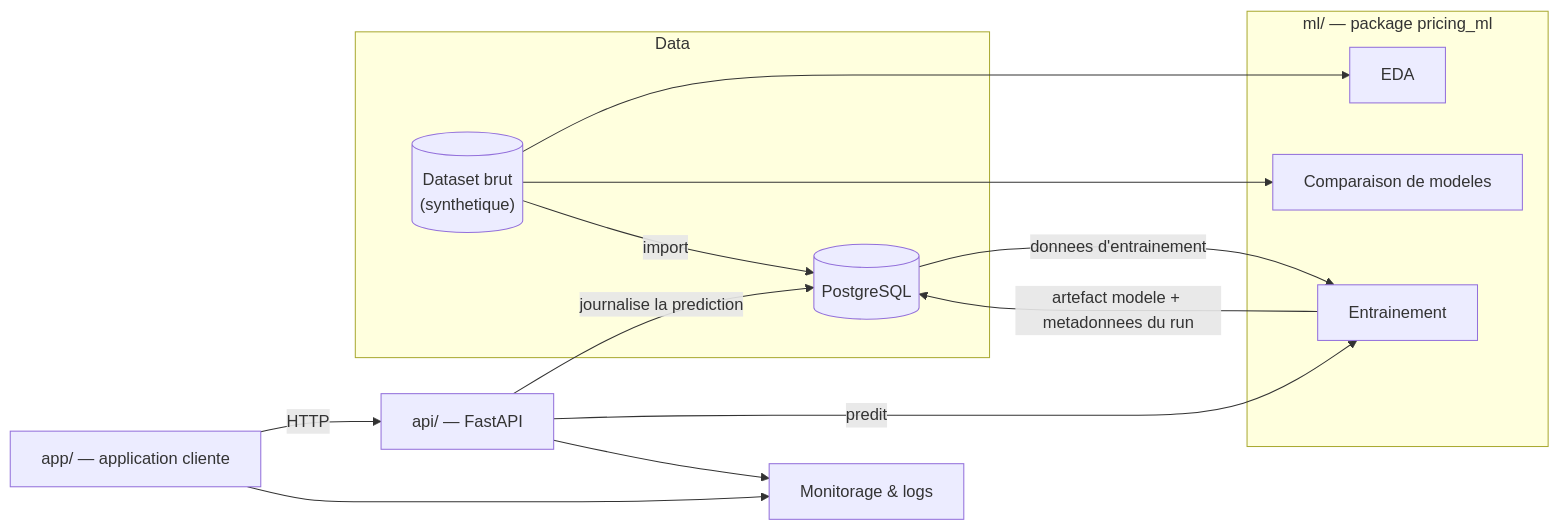
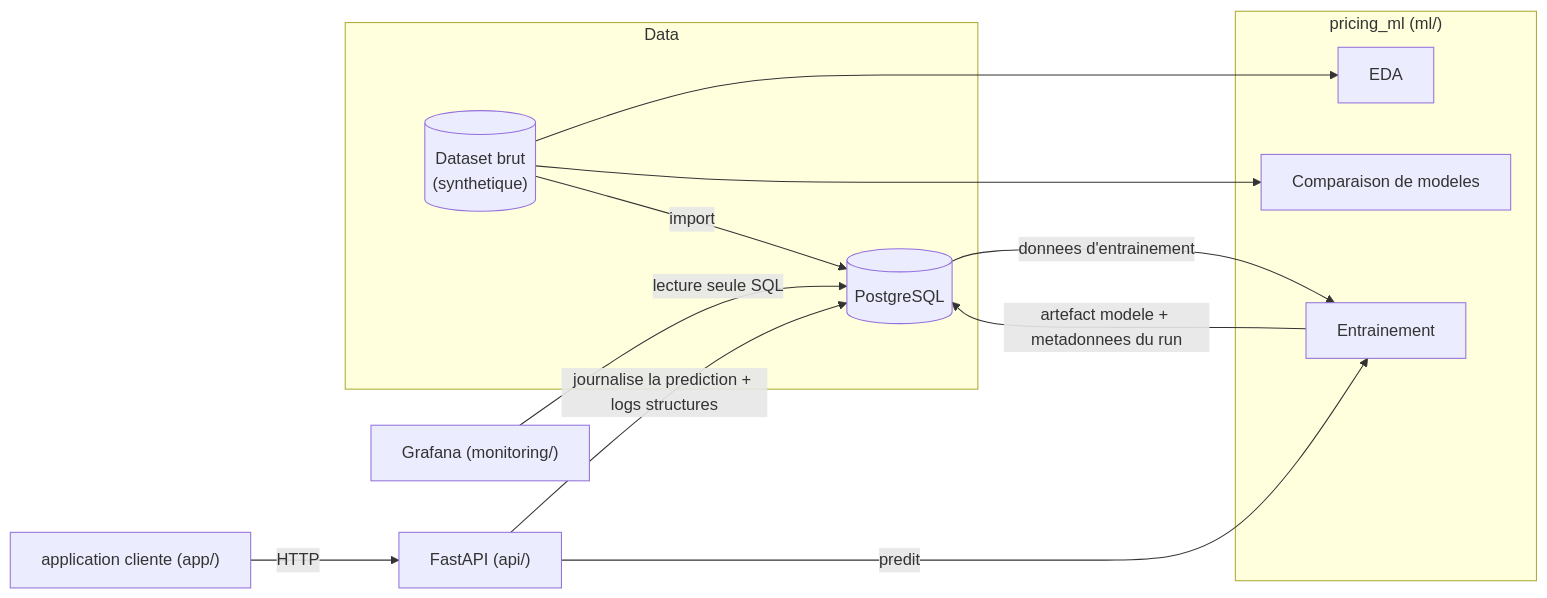
Before and after one commit to mhandanin/TECNIBO-AI-MODEL: the diagram in README.md, drawn with Mermaid. The commit also changed other lines of this file and 23 other files, not shown here.

First line of the commit message:
add monitorage Grafana, logs structures et gestion d'incident (Phase 5)

````diff
--- a/README.md
+++ b/README.md
@@ -36,28 +30,27 @@
 ```mermaid
 flowchart LR
     subgraph Data
         XLSX[("Dataset brut<br/>(synthetique)")]
         DB[(PostgreSQL)]
     end
 
-    subgraph ML["ml/ — package pricing_ml"]
+    subgraph ML["pricing_ml (ml/)"]
         EDA[EDA]
         CMP[Comparaison de modeles]
         TRAIN[Entrainement]
     end
 
-    API["api/ — FastAPI"]
-    APP["app/ — application cliente"]
-    MON["Monitorage & logs"]
+    API["FastAPI (api/)"]
+    APP["application cliente (app/)"]
+    MON["Grafana (monitoring/)"]
 
     XLSX --> EDA
     XLSX --> CMP
     XLSX -->|import| DB
     DB -->|donnees d'entrainement| TRAIN
     TRAIN -->|artefact modele + metadonnees du run| DB
     API -->|predit| TRAIN
-    API -->|journalise la prediction| DB
+    API -->|journalise la prediction + logs structures| DB
     APP -->|HTTP| API
-    API --> MON
-    APP --> MON
+    MON -->|lecture seule SQL| DB
 ```
````
